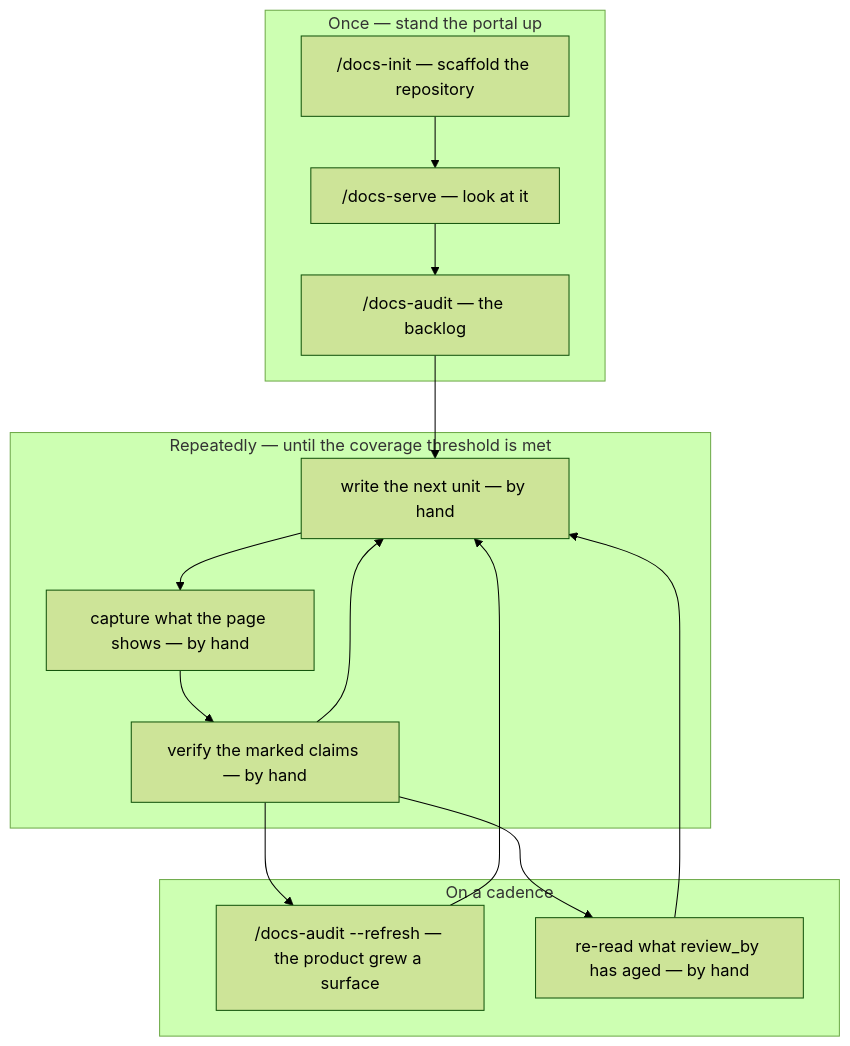
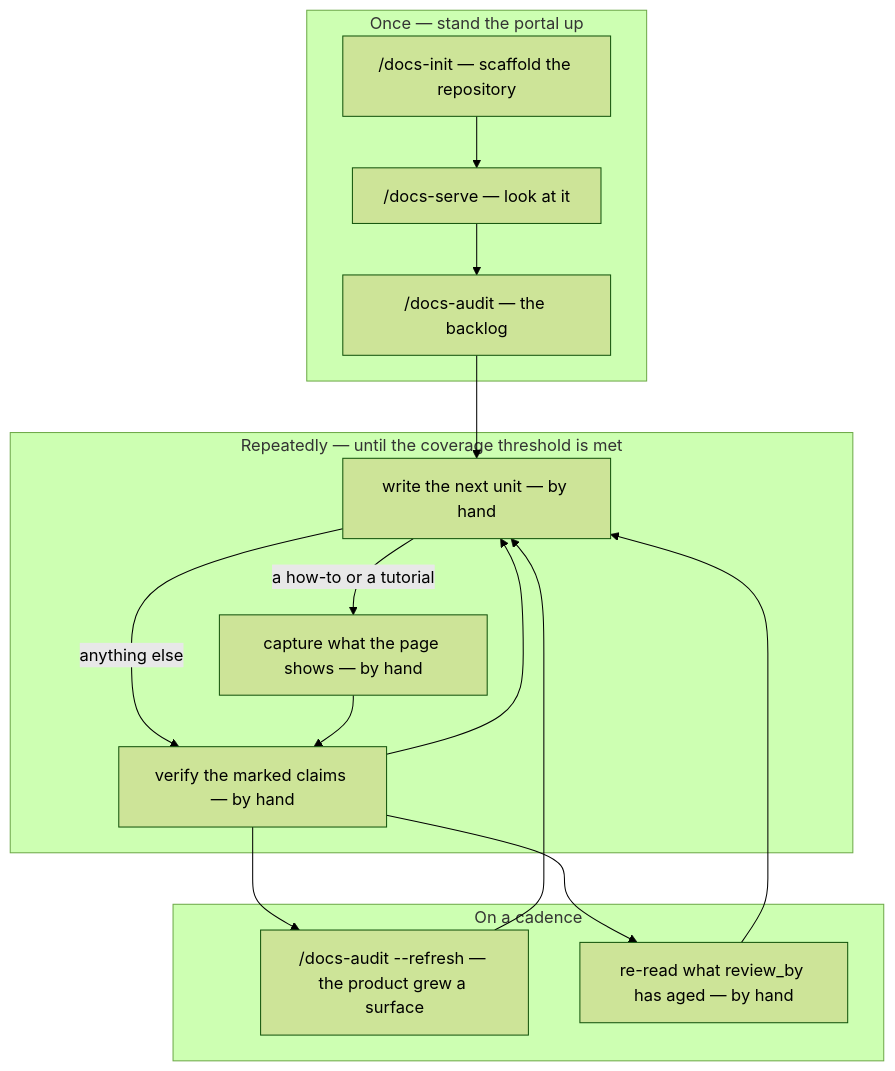
One commit to ihudak/ihudak-claude-plugins changed the diagram in plugins/docs-workflows/docs/docs-workflow.md. Above: the diagram before and after it, drawn with Mermaid (forest theme). The commit also changed other lines of this file and 1 other file, not shown here.

````diff
--- a/plugins/docs-workflows/docs/docs-workflow.md
+++ b/plugins/docs-workflows/docs/docs-workflow.md
@@ -9,27 +9,28 @@
 ```mermaid
 flowchart TD
     subgraph ONCE["Once — stand the portal up"]
         INIT["/docs-init — scaffold the repository"]
         SERVE["/docs-serve — look at it"]
         AUDIT["/docs-audit — the backlog"]
         INIT --> SERVE
         SERVE --> AUDIT
     end
     subgraph LOOP["Repeatedly — until the coverage threshold is met"]
         WRITE["write the next unit — by hand"]
         CAPTURE["capture what the page shows — by hand"]
         VERIFY["verify the marked claims — by hand"]
-        WRITE --> CAPTURE
+        WRITE -->|"a how-to or a tutorial"| CAPTURE
+        WRITE -->|"anything else"| VERIFY
         CAPTURE --> VERIFY
         VERIFY --> WRITE
     end
     subgraph CADENCE["On a cadence"]
         REFRESH["/docs-audit --refresh — the product grew a surface"]
         ROT["re-read what review_by has aged — by hand"]
     end
     AUDIT --> WRITE
     VERIFY --> REFRESH
     VERIFY --> ROT
     REFRESH --> WRITE
     ROT --> WRITE
 ```
````
